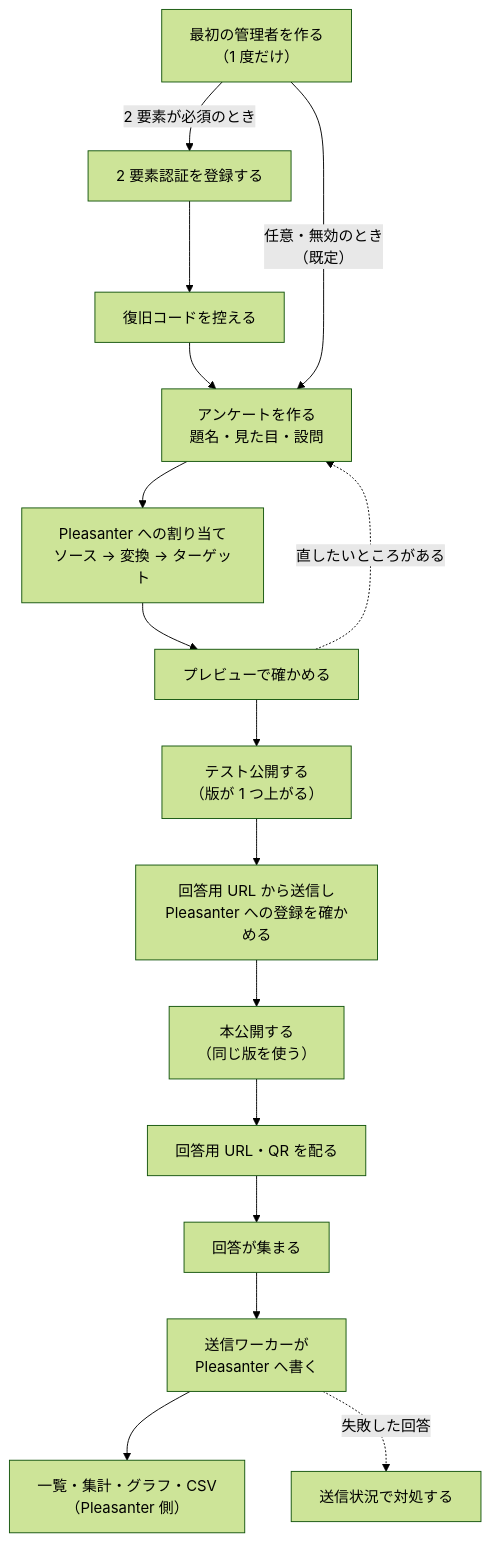
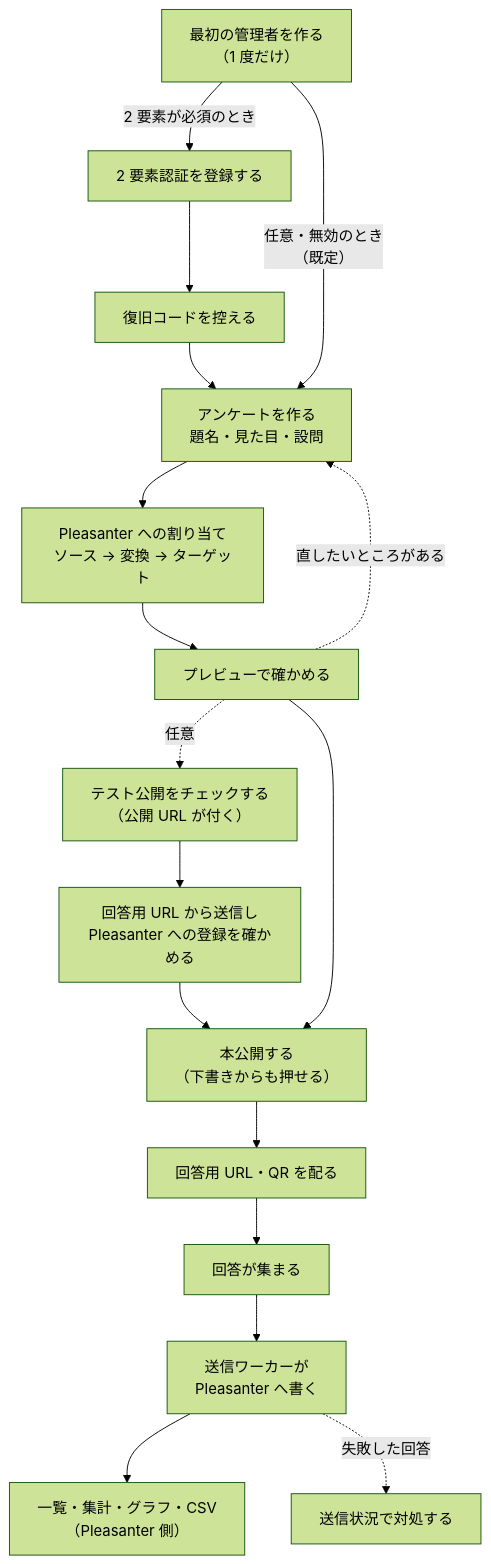
Before and after one commit to vehiclevisionjp/VehicleVision.PleasanterTools.Questionnaire: the first of 3 diagrams in _documents/アンケート作成-運用手順書.md, drawn with Mermaid (forest theme). The commit also changed other lines of this file and 19 other files, not shown here.

````diff
--- a/_documents/アンケート作成-運用手順書.md
+++ b/_documents/アンケート作成-運用手順書.md
@@ -29,18 +29,19 @@
 ```mermaid
 flowchart TD
     A["最初の管理者を作る<br/>（1 度だけ）"] -->|2 要素が必須のとき| B["2 要素認証を登録する"]
     B --> C["復旧コードを控える"]
     C --> D["アンケートを作る<br/>題名・見た目・設問"]
     A -->|任意・無効のとき<br/>（既定）| D
     D --> E["Pleasanter への割り当て<br/>ソース → 変換 → ターゲット"]
     E --> F["プレビューで確かめる"]
-    F --> G["テスト公開する<br/>（版が 1 つ上がる）"]
+    F -.->|任意| G["テスト公開をチェックする<br/>（公開 URL が付く）"]
     G --> H["回答用 URL から送信し<br/>Pleasanter への登録を確かめる"]
-    H --> M["本公開する<br/>（同じ版を使う）"]
+    H --> M
+    F --> M["本公開する<br/>（下書きからも押せる）"]
     M --> N["回答用 URL・QR を配る"]
     N --> I["回答が集まる"]
     I --> J["送信ワーカーが<br/>Pleasanter へ書く"]
     J --> K["一覧・集計・グラフ・CSV<br/>（Pleasanter 側）"]
     F -.->|直したいところがある| D
     J -.->|失敗した回答| L["送信状況で対処する"]
 ```
````
